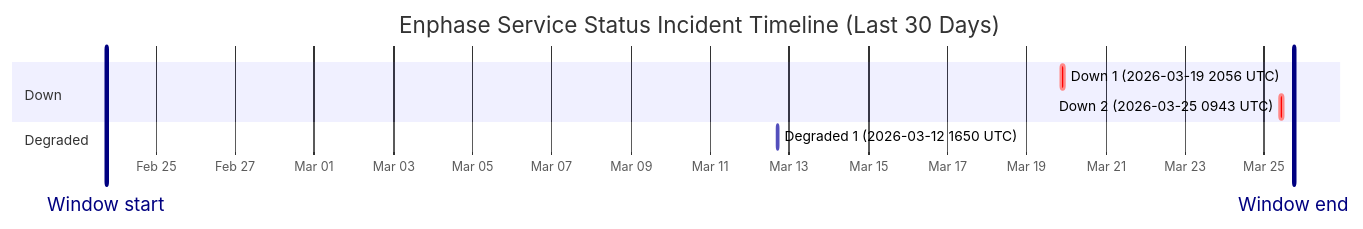
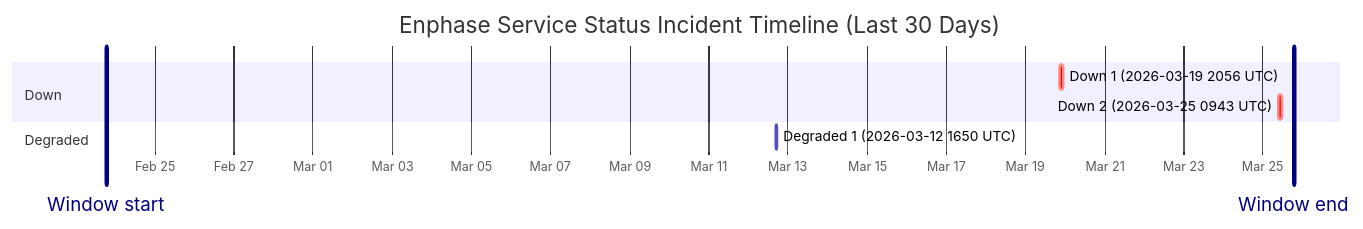
Before and after one commit to barneyonline/ha-enphase-ev-charger: the diagram in wiki/Service-Status-History.md, drawn with Mermaid. The commit also changed other lines of this file and 3 other files, not shown here.

````diff
--- a/wiki/Service-Status-History.md
+++ b/wiki/Service-Status-History.md
@@ -14,13 +14,13 @@
 ```mermaid
 gantt
     title Enphase Service Status Incident Timeline (Last 30 Days)
     dateFormat  YYYY-MM-DDTHH:mm:ss
     axisFormat  %b %d
-    Window start :vert, window-start, 2026-02-23T17:50:03, 0ms
-    Window end :vert, window-end, 2026-03-25T17:50:03, 0ms
+    Window start :vert, window-start, 2026-02-23T18:43:34, 0ms
+    Window end :vert, window-end, 2026-03-25T18:43:34, 0ms
     section Down
     Down 1 (2026-03-19 2056 UTC) :crit, down-1, 2026-03-19T20:56:20, 145m
     Down 2 (2026-03-25 0943 UTC) :crit, down-2, 2026-03-25T09:43:28, 111m
     section Degraded
     Degraded 1 (2026-03-12 1650 UTC) :active, degraded-1, 2026-03-12T16:50:43, 60m
 ```
````
